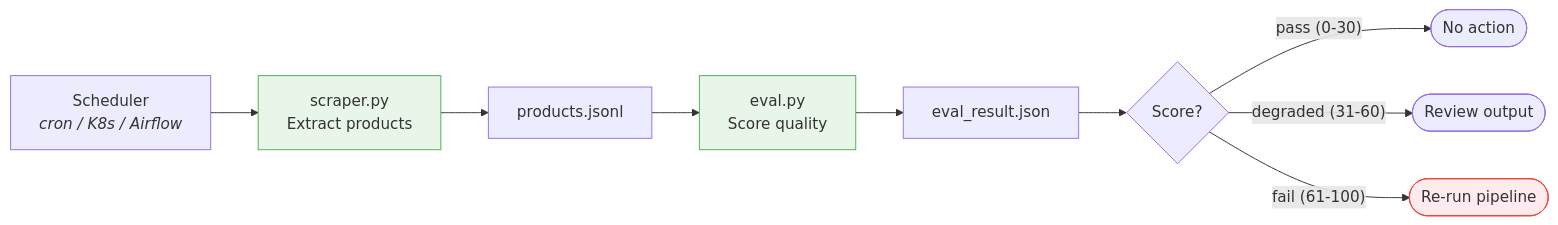
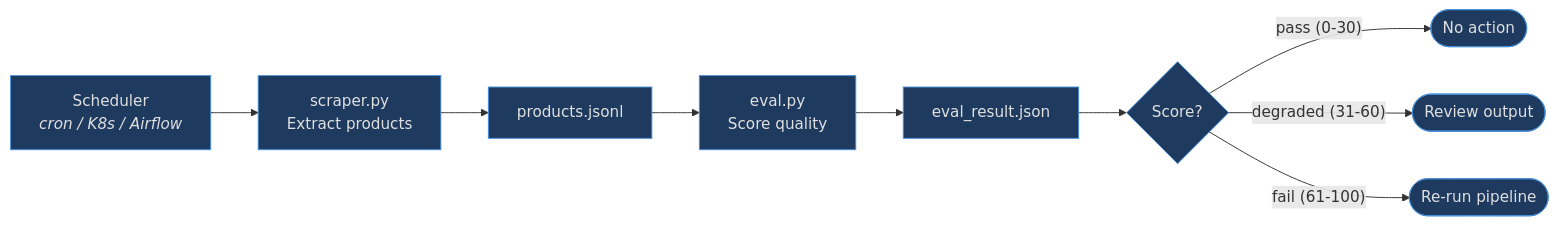
One commit to oginskis/dark-factory changed the second of 3 diagrams in README.md. Above: the diagram before and after it, drawn with Mermaid. The commit also changed other lines of this file and 4 other files, not shown here.

First line of the commit message:
Uniform dark-mode colors for all Mermaid diagrams, coder unit-parsing hardening

````diff
--- a/README.md
+++ b/README.md
@@ -44,16 +45,13 @@
 ```mermaid
 flowchart LR
     CRON["Scheduler<br/><i>cron / K8s / Airflow</i>"]
     CRON --> SCRAPER["scraper.py<br/>Extract products"]
     SCRAPER --> PRODUCTS["products.jsonl"]
     PRODUCTS --> EVAL["eval.py<br/>Score quality"]
     EVAL --> RESULT["eval_result.json"]
     RESULT --> CHECK{"Score?"}
     CHECK -->|"pass (0-30)"| OK(["No action"])
     CHECK -->|"degraded (31-60)"| REVIEW(["Review output"])
     CHECK -->|"fail (61-100)"| REGEN(["Re-run pipeline"])
-
-    style SCRAPER fill:#e8f5e9,stroke:#4CAF50
-    style EVAL fill:#e8f5e9,stroke:#4CAF50
-    style REGEN fill:#ffebee,stroke:#f44336
+    classDef default fill:#1e3a5f,stroke:#4a90d9,color:#e0e0e0
 ```
````
